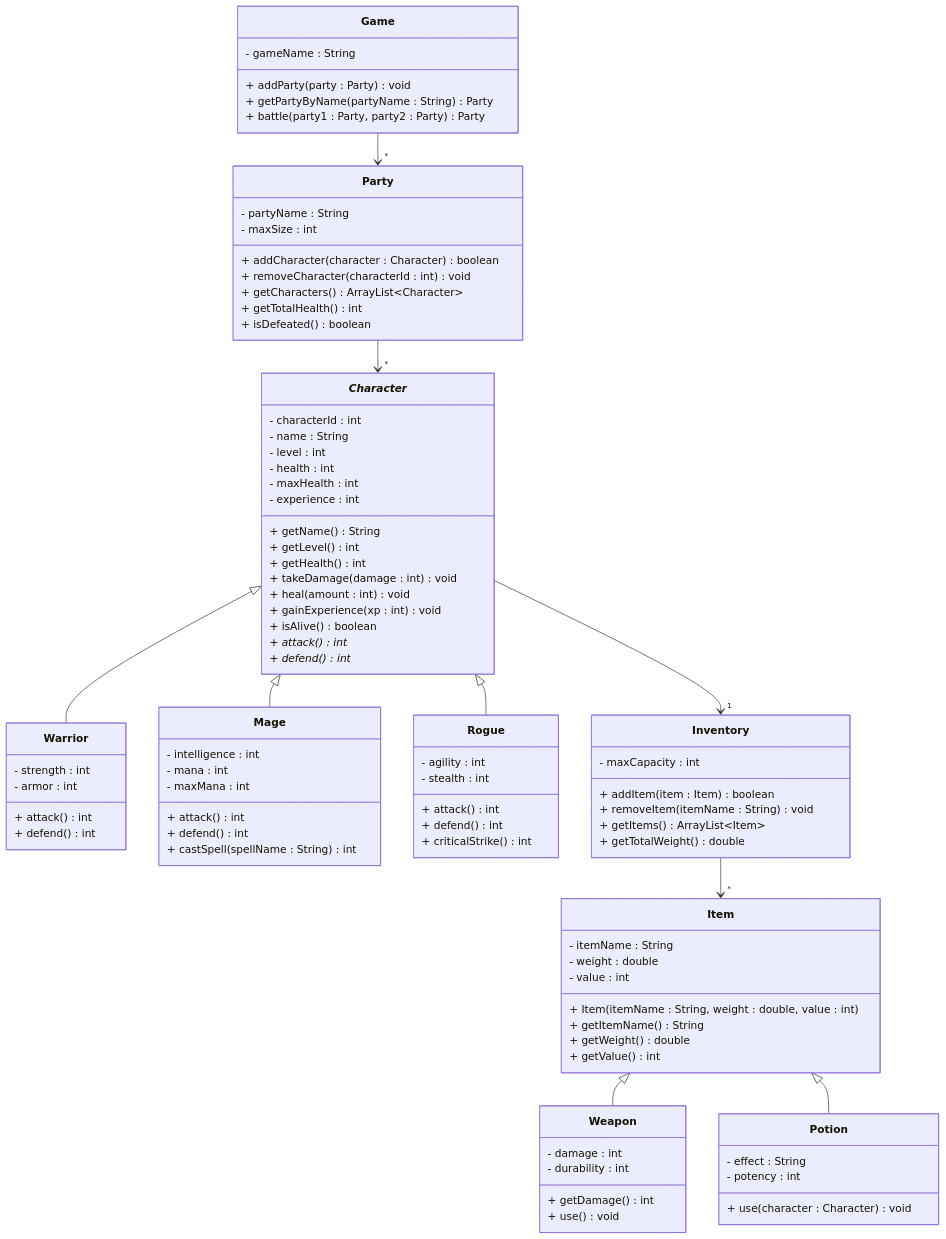
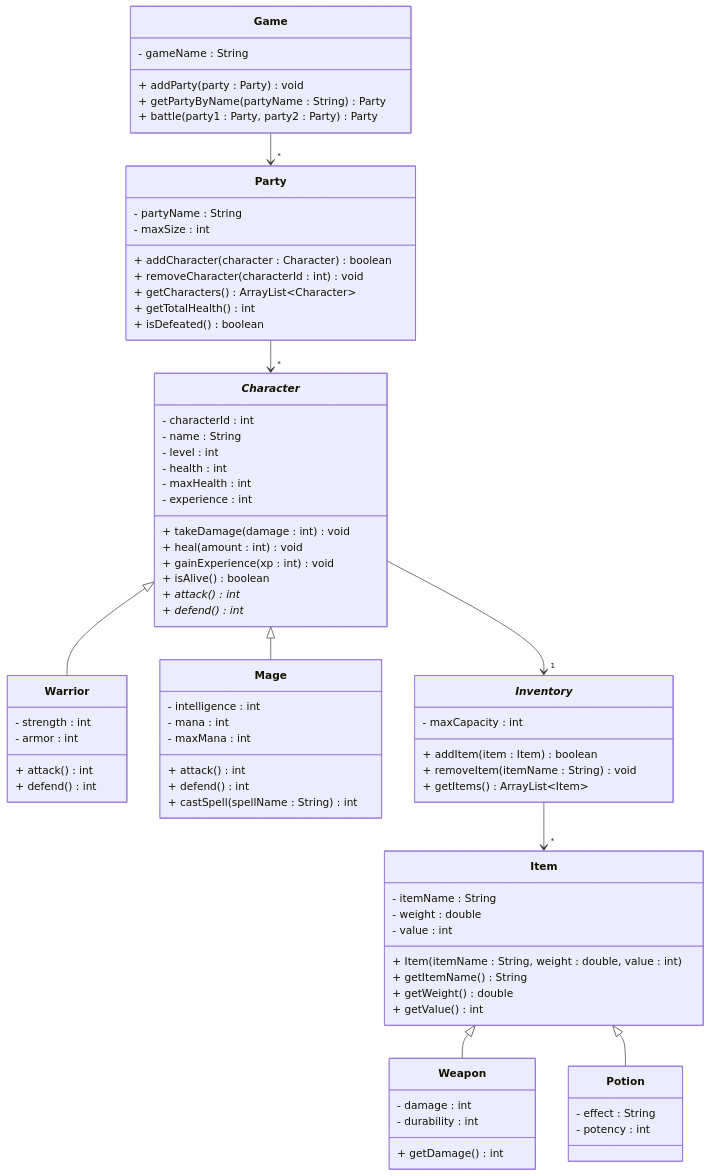
Before and after one commit to TroelsMortensen/Codelabs2: the diagram in Articles/Session 24 - Exam/020 Exercise 19 - Fantasy Game.md, drawn with Mermaid. The commit also changed 9 other files, not shown here.

````diff
--- a/Articles/Session 24 - Exam/020 Exercise 19 - Fantasy Game.md
+++ b/Articles/Session 24 - Exam/020 Exercise 19 - Fantasy Game.md
@@ -28,9 +28,6 @@
         - health : int
         - maxHealth : int
         - experience : int
-        + getName() String
-        + getLevel() int
-        + getHealth() int
         + takeDamage(damage : int) void
         + heal(amount : int) void
         + gainExperience(xp : int) void
@@ -55,20 +52,11 @@
         + castSpell(spellName : String) int
     }
     
-    class Rogue {
-        - agility : int
-        - stealth : int
-        + attack() int
-        + defend() int
-        + criticalStrike() int
-    }
-    
-    class Inventory {
+    class _Inventory_ {
         - maxCapacity : int
         + addItem(item : Item) boolean
         + removeItem(itemName : String) void
         + getItems() ArrayList~Item~
-        + getTotalWeight() double
     }
     
     class Item {
@@ -85,22 +73,19 @@
         - damage : int
         - durability : int
         + getDamage() int
-        + use() void
     }
     
     class Potion {
         - effect : String
         - potency : int
-        + use(character : Character) void
     }
     
     Game --> "*" Party
     Party --> "*" _Character_
-    _Character_ --> "1" Inventory
+    _Character_ --> "1" _Inventory_
     _Character_ <|-- Warrior
     _Character_ <|-- Mage
-    _Character_ <|-- Rogue
-    Inventory --> "*" Item
+    _Inventory_ --> "*" Item
     Item <|-- Weapon
     Item <|-- Potion
 ```
````
